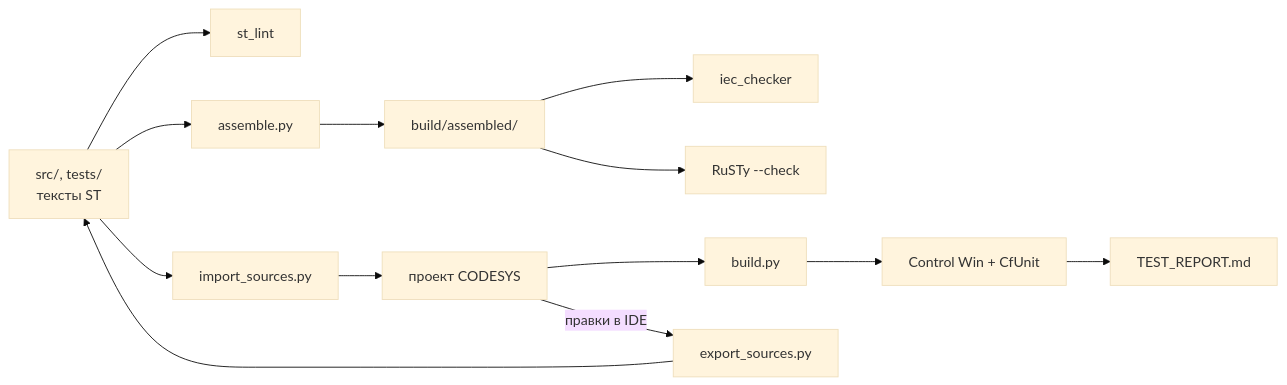
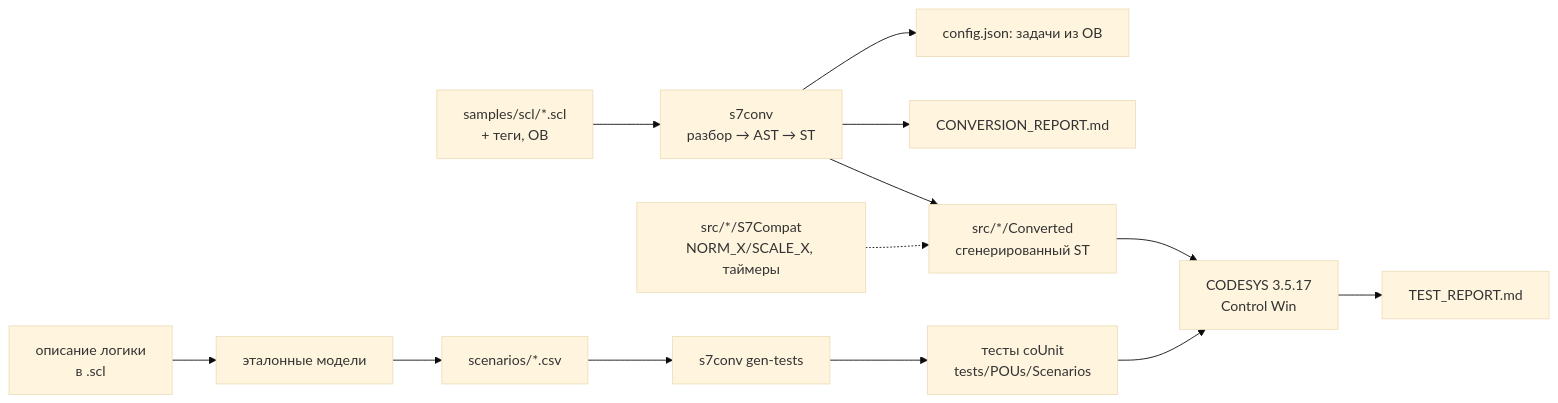
Before and after one commit to kr0nsch/s7-to-codesys: the diagram in README.md, drawn with Mermaid (base theme). The commit also changed other lines of this file and 9 other files, not shown here.

````diff
--- a/README.md
+++ b/README.md
@@ -17,10 +22,12 @@
 ```mermaid
 flowchart LR
-    src["src/, tests/<br/>тексты ST"] --> lint["st_lint"]
-    src --> asm["assemble.py"] --> built["build/assembled/"]
-    built --> iec["iec_checker"]
-    built --> rusty["RuSTy --check"]
-    src --> imp["import_sources.py"] --> proj["проект CODESYS"]
-    proj --> bld["build.py"] --> tst["Control Win + CfUnit"] --> rep["TEST_REPORT.md"]
-    proj -- "правки в IDE" --> exp["export_sources.py"] --> src
+    scl["samples/scl/*.scl<br/>+ теги, OB"] --> conv["s7conv<br/>разбор → AST → ST"]
+    conv --> convd["src/*/Converted<br/>сгенерированный ST"]
+    conv --> rep["CONVERSION_REPORT.md"]
+    conv --> cfg["config.json: задачи из OB"]
+    compat["src/*/S7Compat<br/>NORM_X/SCALE_X, таймеры"] -.-> convd
+    desc["описание логики<br/>в .scl"] --> model["эталонные модели"] --> csv["scenarios/*.csv"]
+    csv --> gen["s7conv gen-tests"] --> tst["тесты coUnit<br/>tests/POUs/Scenarios"]
+    convd --> cds["CODESYS 3.5.17<br/>Control Win"]
+    tst --> cds --> trep["TEST_REPORT.md"]
 ```
````
